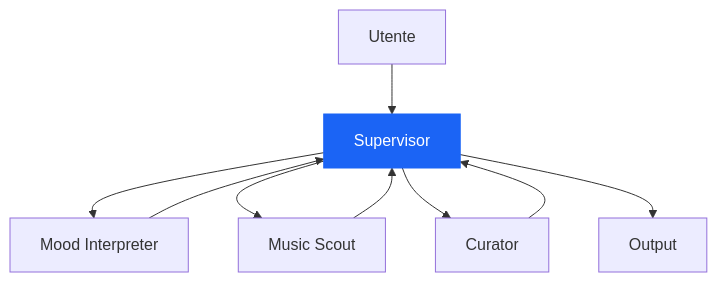
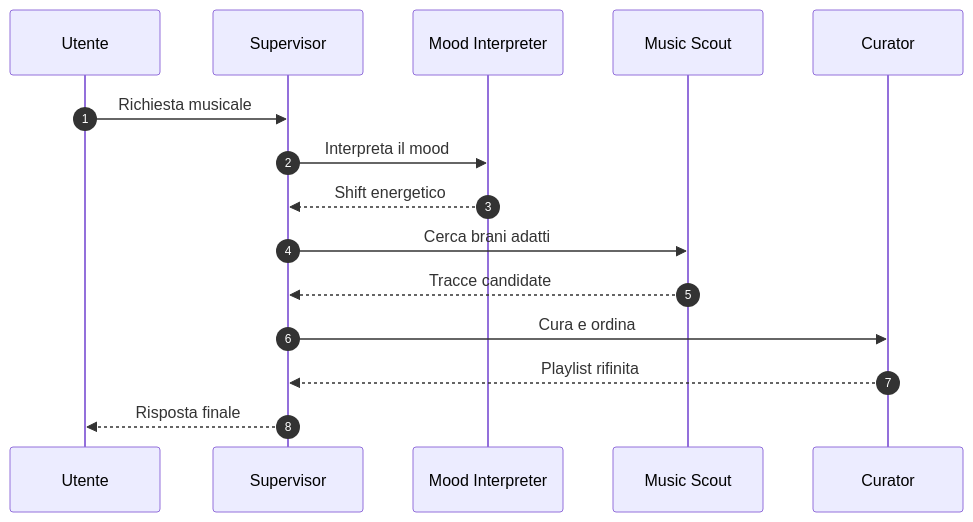
Before and after one commit to Rkomi98/MyBlog: the sixth of 21 diagrams in files/AI Engineering/Multiagent SOTA 2026.md, drawn with Mermaid. The commit also changed other lines of this file and 54 other files, not shown here.

````diff
--- a/files/AI Engineering/Multiagent SOTA 2026.md
+++ b/files/AI Engineering/Multiagent SOTA 2026.md
@@ -300,14 +333,18 @@
 ```mermaid
-flowchart TD
-    U[Utente] --> S[Supervisor]
-    S --> M[Mood Interpreter]
-    S --> SC[Music Scout]
-    S --> C[Curator]
-    M --> S
-    SC --> S
-    C --> S
-    S --> O[Output]
+sequenceDiagram
+    autonumber
+    participant U as Utente
+    participant S as Supervisor
+    participant M as Mood Interpreter
+    participant SC as Music Scout
+    participant C as Curator
 
-    classDef key fill:#1B64F5,stroke:#1B64F5,color:#fff;
-    class S key;
+    U->>S: Richiesta musicale
+    S->>M: Interpreta il mood
+    M-->>S: Shift energetico
+    S->>SC: Cerca brani adatti
+    SC-->>S: Tracce candidate
+    S->>C: Cura e ordina
+    C-->>S: Playlist rifinita
+    S-->>U: Risposta finale
 ```
````
